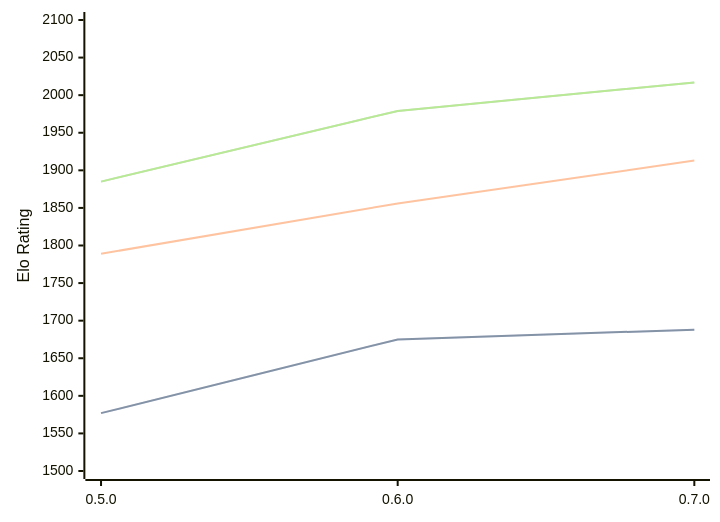
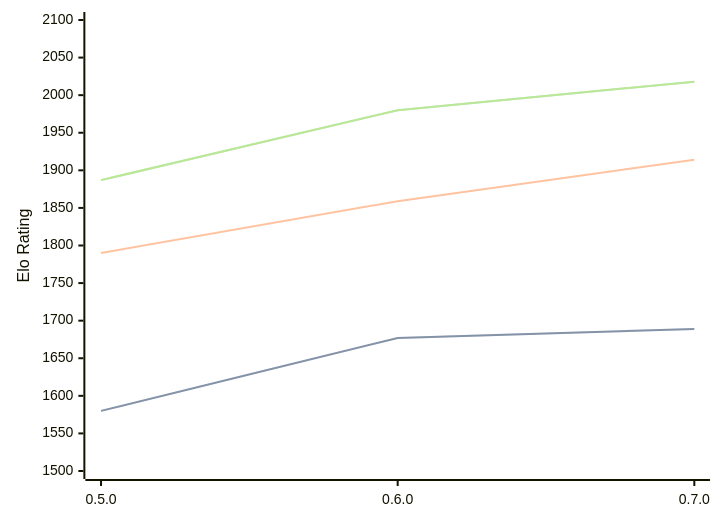
Before and after one commit to computer-chess-index/cci: the diagram in engines/Chess-rs.md, drawn with Mermaid. The commit also changed other lines of this file, not shown here.

Commit message:
Update CCI Ratings (ELO VLTC) - 2026-08-22

````diff
--- a/engines/Chess-rs.md
+++ b/engines/Chess-rs.md
@@ -33,11 +33,11 @@
 ```mermaid
 %%{init: {"theme":"base","themeVariables":{"seriesColors:['#a3a3a3','#222221','#faa371']}}}%%
 xychart-beta
   x-axis ["0.5.0", "0.6.0", "0.7.0"]
   y-axis "Elo Rating" 1500 --> 2100
-  line "STC (8.0+0.08s)" [1577, 1675, 1688]
-  line "STC (8.0+0.08s)" [1577, 1675, 1688]
-  line "LTC (60.0+0.60s)" [1789, 1856, 1913]
-  line "VLTC (2m24s+1.12s)" [1885, 1979, 2017]
-  line "VLTC (2m24s+1.12s)" [1885, 1979, 2017]
+  line "STC (8.0+0.08s)" [1580, 1677, 1689]
+  line "STC (8.0+0.08s)" [1580, 1677, 1689]
+  line "LTC (60.0+0.60s)" [1790, 1859, 1914]
+  line "VLTC (2m24s+1.12s)" [1887, 1980, 2018]
+  line "VLTC (2m24s+1.12s)" [1887, 1980, 2018]
 ```
````
